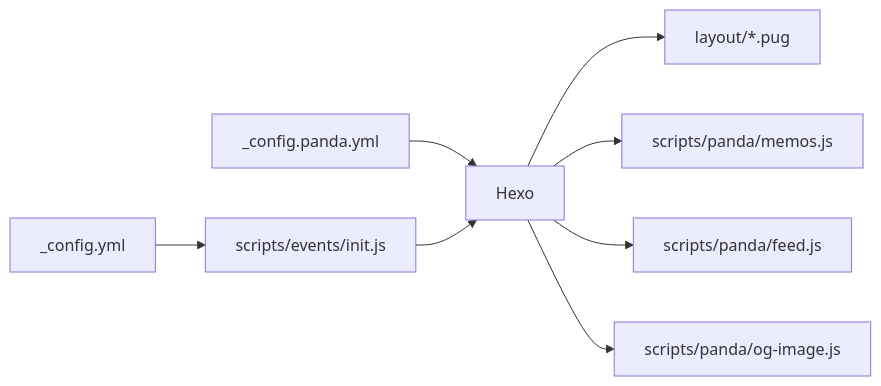
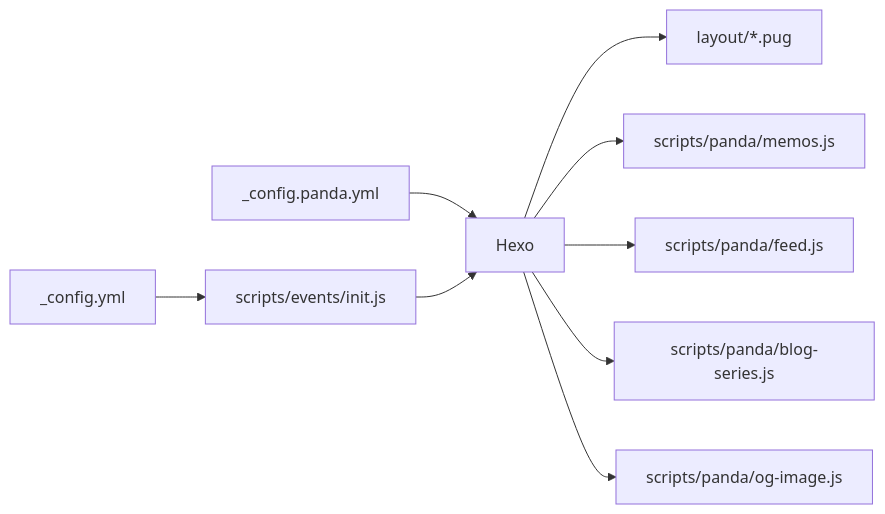
Before and after one commit to SpeechlessPanda/blog-s-code: the diagram in themes/panda/README.md, drawn with Mermaid. The commit also changed other lines of this file and 32 other files, not shown here.

First line of the commit message:
feat: sync Panda 1.1.0 blog series into themes/panda

````diff
--- a/themes/panda/README.md
+++ b/themes/panda/README.md
@@ -127,10 +128,11 @@
 ```mermaid
 flowchart LR
   overlay["_config.panda.yml"] --> hexo[Hexo]
   theme["_config.yml"] --> init["scripts/events/init.js"]
   init --> hexo
   hexo --> layouts["layout/*.pug"]
   hexo --> memos["scripts/panda/memos.js"]
   hexo --> feed["scripts/panda/feed.js"]
+  hexo --> series["scripts/panda/blog-series.js"]
   hexo --> og["scripts/panda/og-image.js"]
 ```
````
